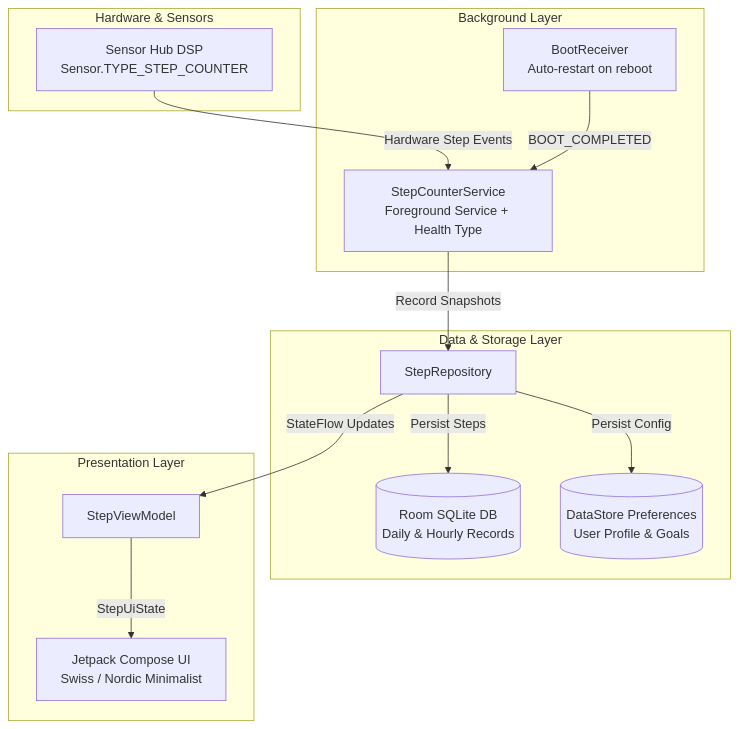
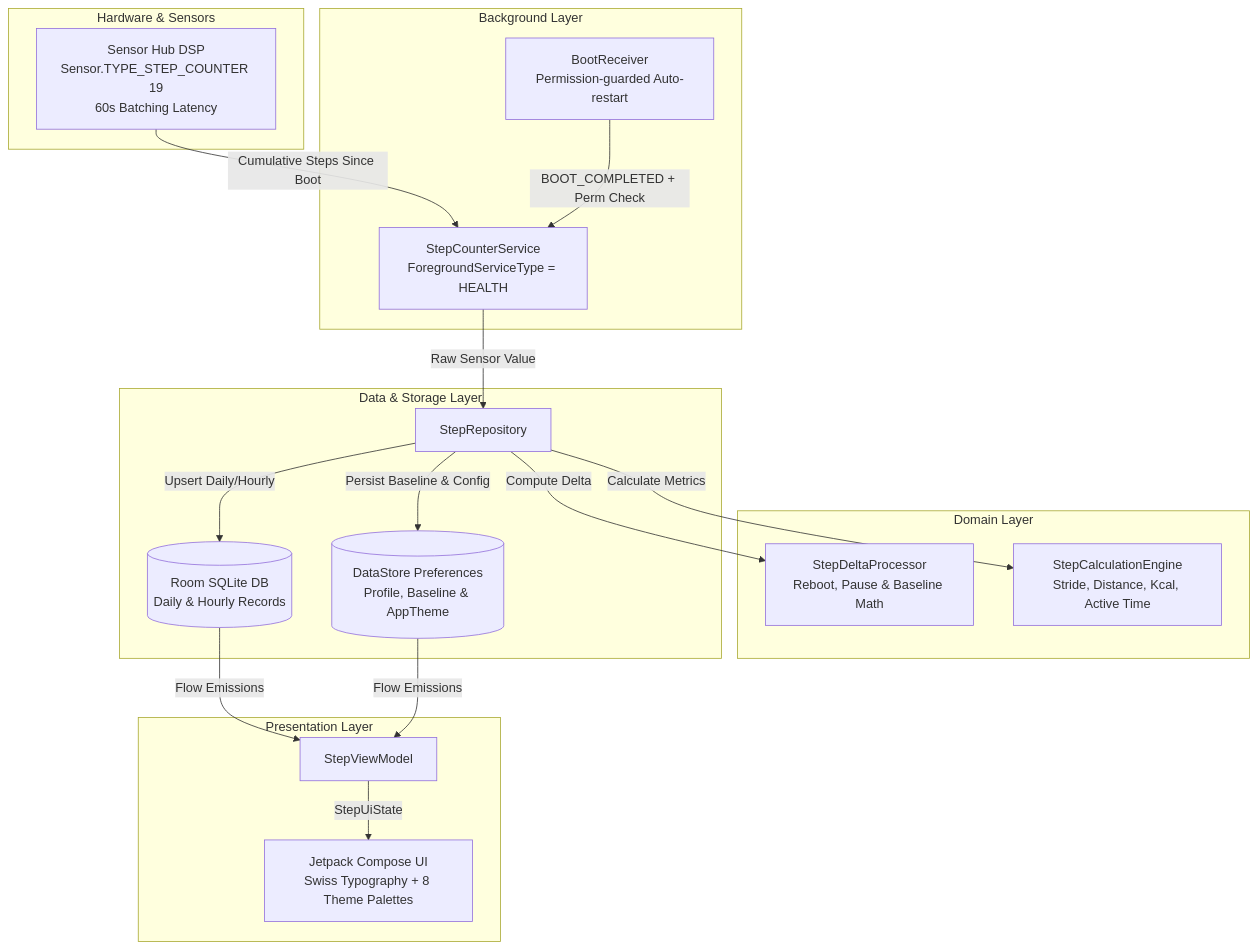
The diagram in docs/plans/2026-11-10-nordic-step-counter-design.md (kdrai007/nordic-stepcounter), drawn with Mermaid before and after one commit. The commit also changed other lines of this file and 1 other file, not shown here.

````diff
--- a/docs/plans/2026-11-10-nordic-step-counter-design.md
+++ b/docs/plans/2026-11-10-nordic-step-counter-design.md
@@ -39,30 +40,38 @@
 ```mermaid
 graph TD
     subgraph Hardware & Sensors
-        HW[Sensor Hub DSP<br/>Sensor.TYPE_STEP_COUNTER]
+        HW[Sensor Hub DSP<br/>Sensor.TYPE_STEP_COUNTER 19<br/>60s Batching Latency]
     end
 
     subgraph Background Layer
-        Service[StepCounterService<br/>Foreground Service + Health Type]
-        Receiver[BootReceiver<br/>Auto-restart on reboot]
+        Service[StepCounterService<br/>ForegroundServiceType = HEALTH]
+        Receiver[BootReceiver<br/>Permission-guarded Auto-restart]
+    end
+
+    subgraph Domain Layer
+        Delta[StepDeltaProcessor<br/>Reboot, Pause & Baseline Math]
+        Calc[StepCalculationEngine<br/>Stride, Distance, Kcal, Active Time]
     end
 
     subgraph Data & Storage Layer
         Repo[StepRepository]
         RoomDB[(Room SQLite DB<br/>Daily & Hourly Records)]
-        Prefs[(DataStore Preferences<br/>User Profile & Goals)]
+        Prefs[(DataStore Preferences<br/>Profile, Baseline & AppTheme)]
     end
 
     subgraph Presentation Layer
         VM[StepViewModel]
-        UI[Jetpack Compose UI<br/>Swiss / Nordic Minimalist]
+        UI[Jetpack Compose UI<br/>Swiss Typography + 8 Theme Palettes]
     end
 
-    HW -->|Hardware Step Events| Service
-    Receiver -->|BOOT_COMPLETED| Service
-    Service -->|Record Snapshots| Repo
-    Repo -->|Persist Steps| RoomDB
-    Repo -->|Persist Config| Prefs
-    Repo -->|StateFlow Updates| VM
+    HW -->|Cumulative Steps Since Boot| Service
+    Receiver -->|BOOT_COMPLETED + Perm Check| Service
+    Service -->|Raw Sensor Value| Repo
+    Repo -->|Compute Delta| Delta
+    Repo -->|Calculate Metrics| Calc
+    Repo -->|Upsert Daily/Hourly| RoomDB
+    Repo -->|Persist Baseline & Config| Prefs
+    RoomDB -->|Flow Emissions| VM
+    Prefs -->|Flow Emissions| VM
     VM -->|StepUiState| UI
 ```
````
